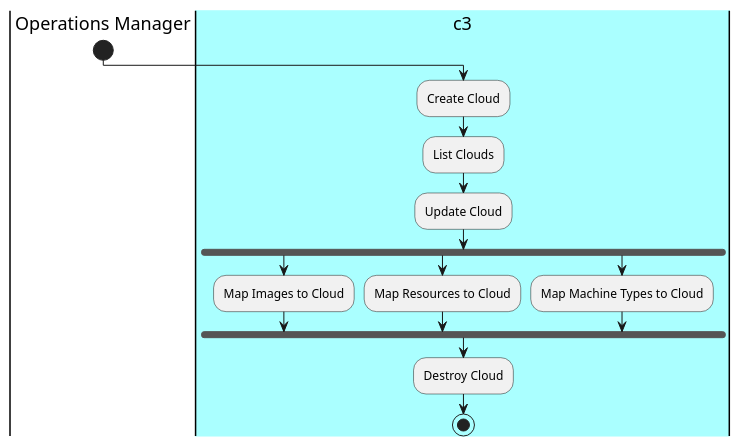
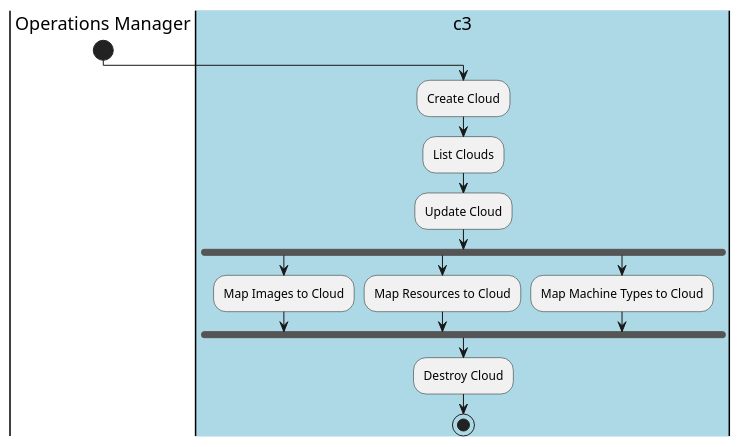
One commit to CAADE/C3 changed the diagram in docs/UseCases/Manage-Clouds/Activities.puml. Above: the diagram before and after it, drawn with PlantUML. The commit also changed 23 other files, not shown here.

Commit message:
Updates to High level architecture

```diff
--- a/docs/UseCases/Manage-Clouds/Activities.puml
+++ b/docs/UseCases/Manage-Clouds/Activities.puml
@@ -1,17 +1,17 @@
 @startuml
 |Operations Manager|
 start
-|#aaffff|c3|
+|#lightblue|c3|
 :Create Cloud;
 :List Clouds;
 :Update Cloud;
 fork
 :Map Images to Cloud;
 fork again
 :Map Resources to Cloud;
 fork again
 :Map Machine Types to Cloud;
 end fork
 :Destroy Cloud;
 stop
 @enduml
```
